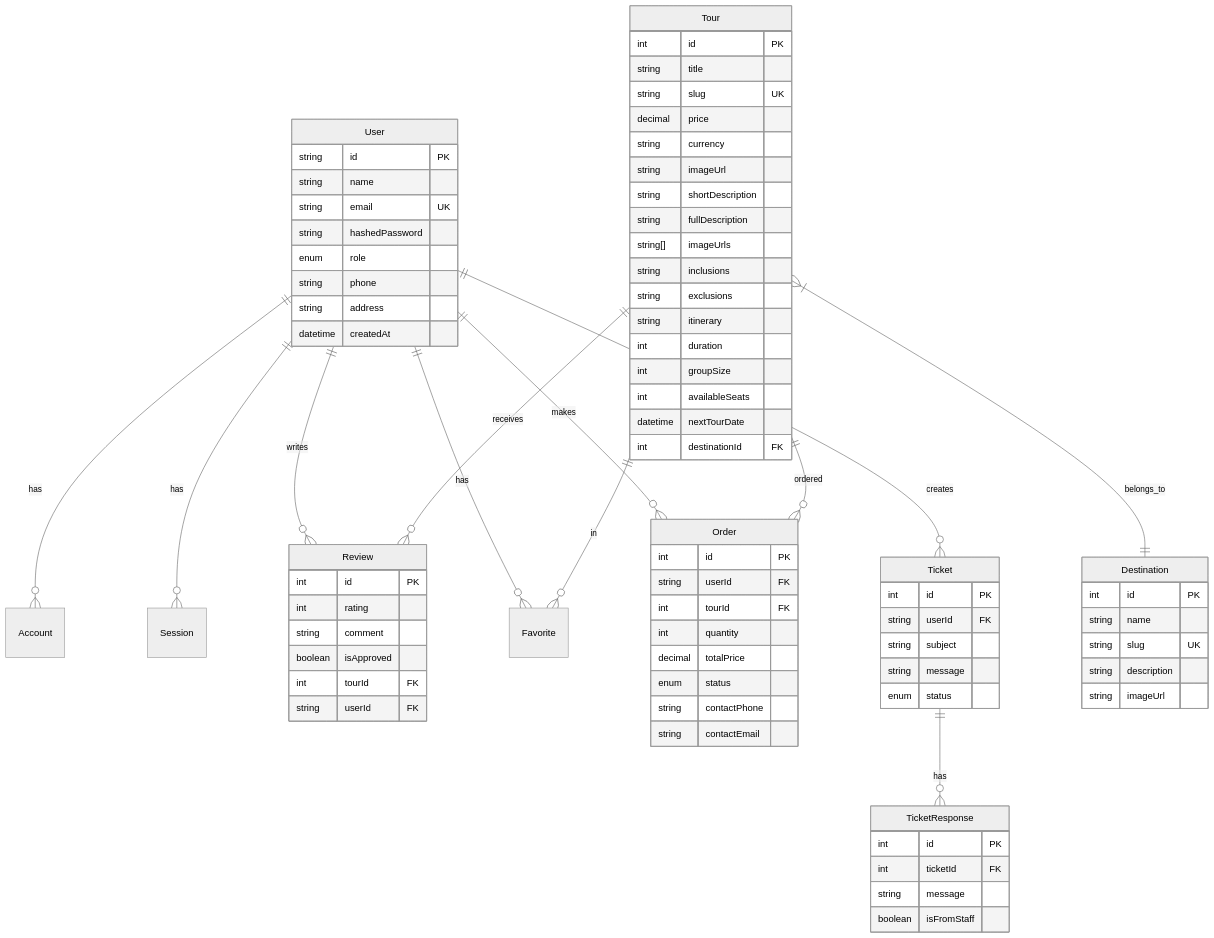
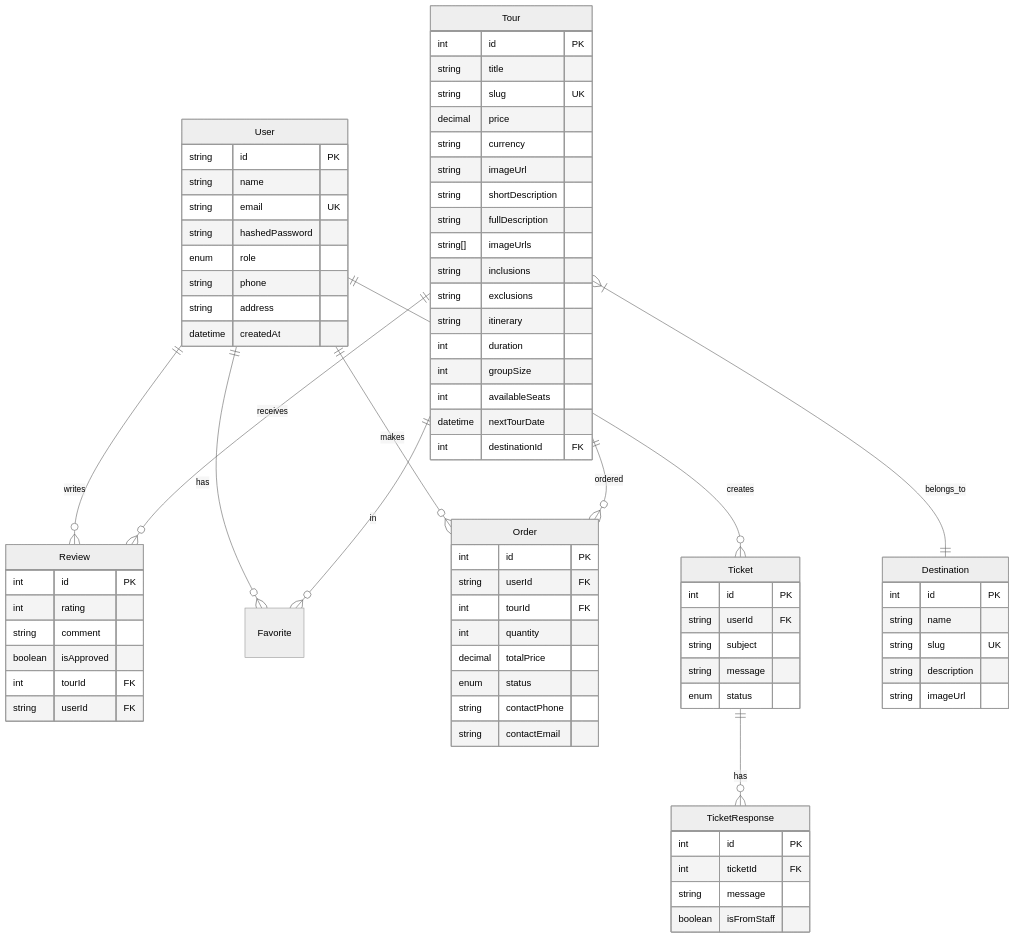
One commit to N1k3YB/turistic-agency changed the second of 6 diagrams in README.md. Above: the diagram before and after it, drawn with Mermaid (neutral theme). The commit also changed 35 other files, not shown here.

````diff
--- a/README.md
+++ b/README.md
@@ -101,7 +101,5 @@
 ```mermaid
 erDiagram
-    User ||--o{ Account : has
-    User ||--o{ Session : has
     User ||--o{ Review : writes
     User ||--o{ Favorite : has
     User ||--o{ Order : makes
````
